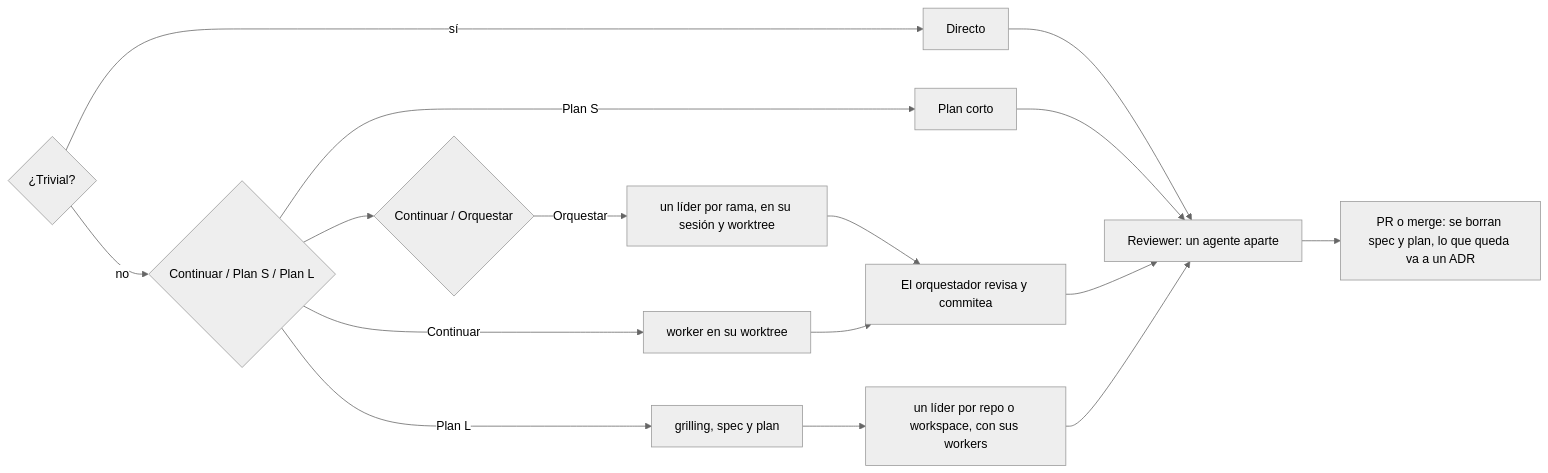
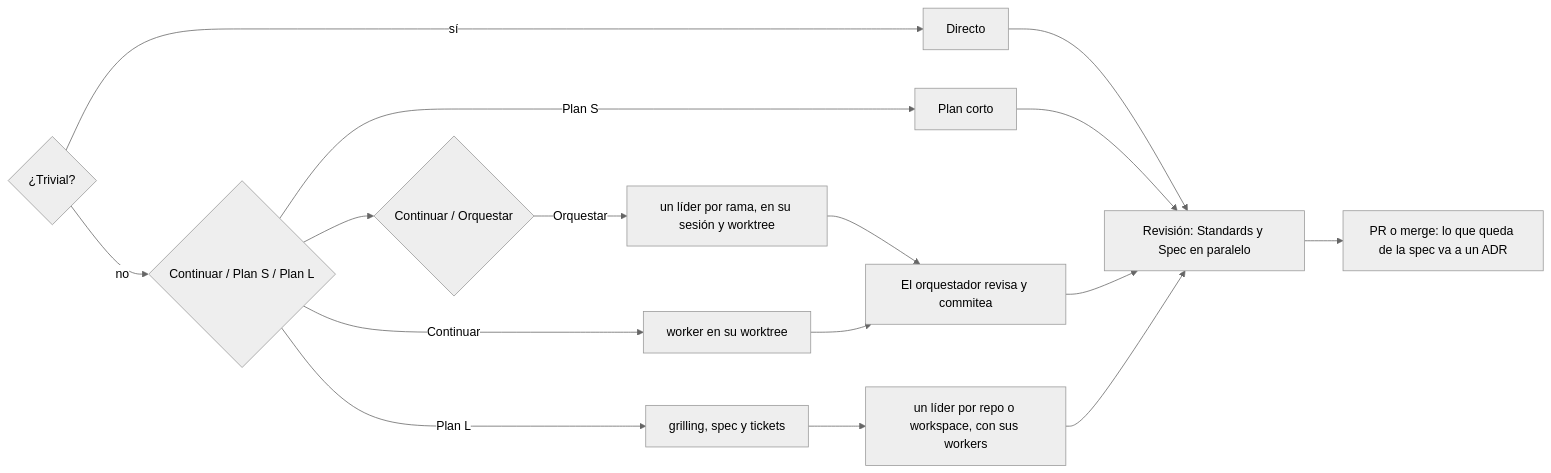
Before and after one commit to LorenGrz/agents-config: the diagram in README.md, drawn with Mermaid (neutral theme). The commit also changed other lines of this file and 18 other files, not shown here.

First line of the commit message:
feat(config): flujo de Matt sin superpowers, worker Opus con TDD y revisión en dos ejes

````diff
--- a/README.md
+++ b/README.md
@@ -50,11 +51,11 @@
 ```mermaid
 flowchart LR
   Q{"¿Trivial?"} -- sí --> D[Directo]
   Q -- no --> P{"Continuar / Plan S / Plan L"} --> OQ{"Continuar / Orquestar"}
   OQ -- Orquestar --> LO[un líder por rama, en su sesión y worktree] --> O
   P -- Continuar --> W[worker en su worktree]
   P -- Plan S --> S[Plan corto]
-  P -- Plan L --> G[grilling, spec y plan] --> WL[un líder por repo o workspace, con sus workers]
+  P -- Plan L --> G[grilling, spec y tickets] --> WL[un líder por repo o workspace, con sus workers]
   W --> O[El orquestador revisa y commitea]
-  D & S & O & WL --> R[Reviewer: un agente aparte] --> M["PR o merge: se borran spec y plan, lo que queda va a un ADR"]
+  D & S & O & WL --> R["Revisión: Standards y Spec en paralelo"] --> M["PR o merge: lo que queda de la spec va a un ADR"]
 ```
````
